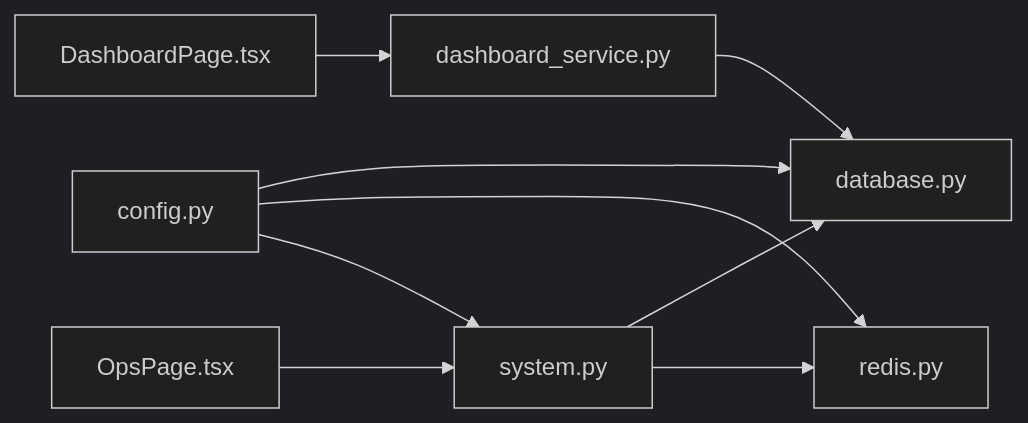
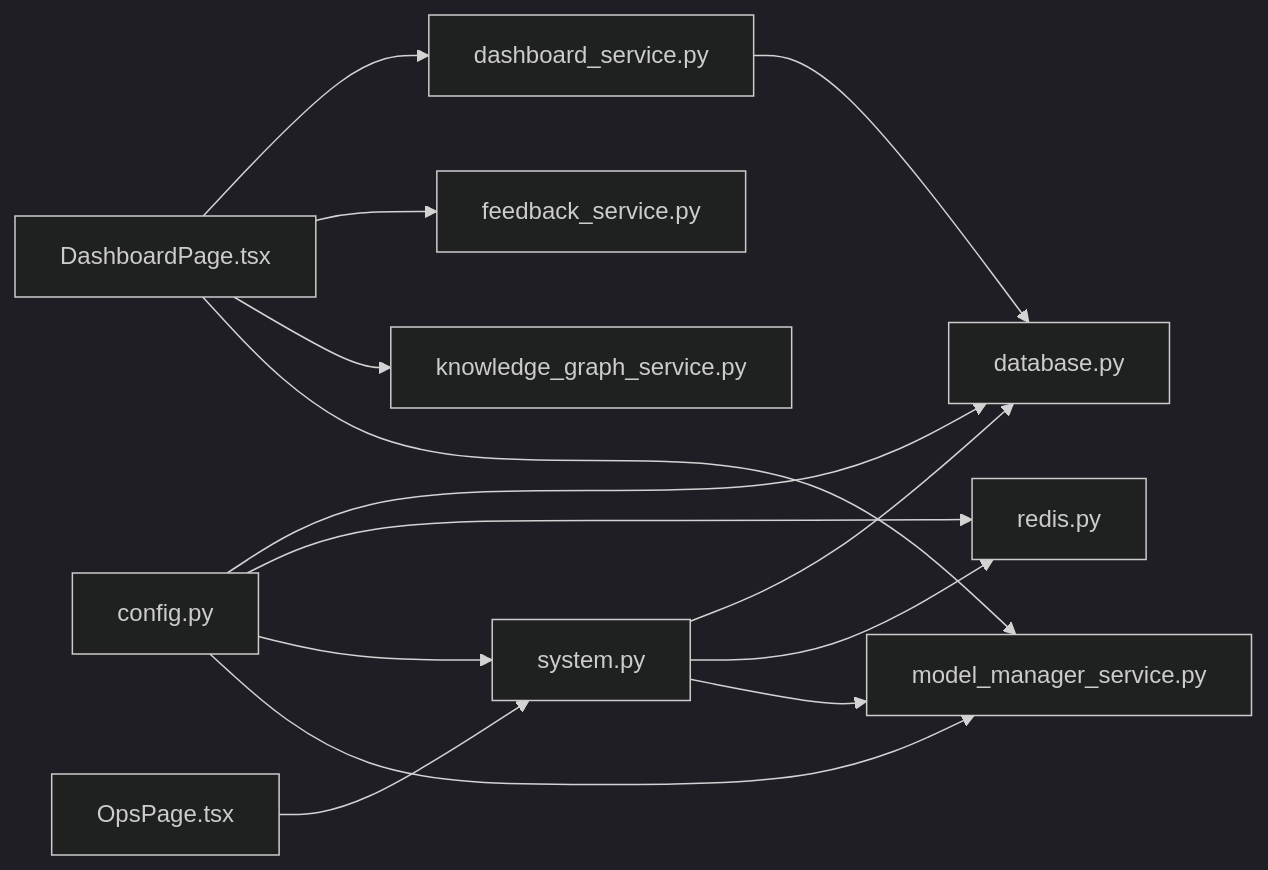
The fifth of 5 diagrams in .qoder/repowiki/zh/content/系统管理/监控告警系统.md (dream-ze/AI_huoke-), drawn with Mermaid (dark theme) before and after one commit. The commit also changed other lines of this file and 220 other files, not shown here.

````diff
--- a/.qoder/repowiki/zh/content/系统管理/监控告警系统.md
+++ b/.qoder/repowiki/zh/content/系统管理/监控告警系统.md
@@ -300,11 +527,16 @@
 ```mermaid
 graph LR
 CFG["config.py"] --> DB["database.py"]
 CFG --> RDS["redis.py"]
 CFG --> SYS["system.py"]
+CFG --> MODEL["model_manager_service.py"]
 SYS --> DB
 SYS --> RDS
+SYS --> MODEL
 OPS["OpsPage.tsx"] --> SYS
 DASH["DashboardPage.tsx"] --> DSHSVC["dashboard_service.py"]
+DASH --> FEEDBACK["feedback_service.py"]
+DASH --> GRAPH["knowledge_graph_service.py"]
+DASH --> MODEL
 DSHSVC --> DB
 ```
````
